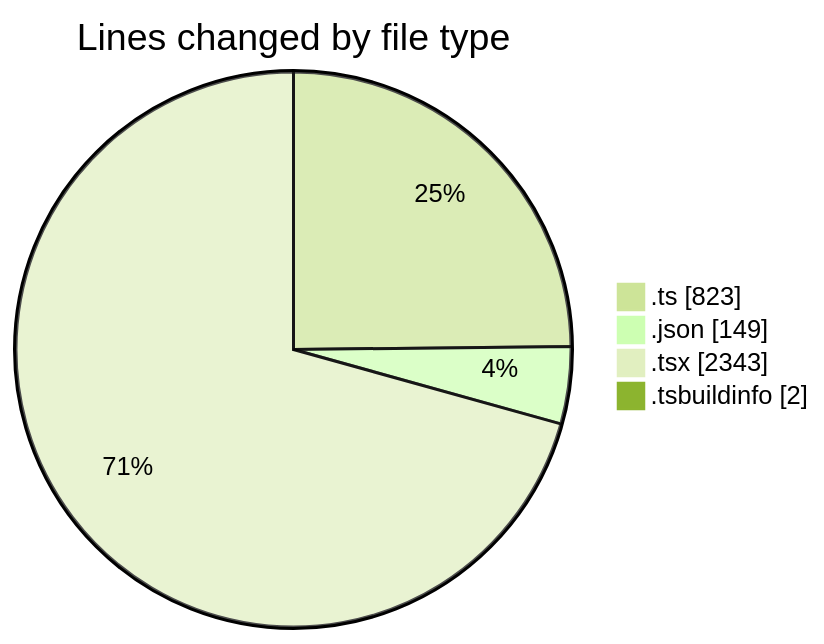
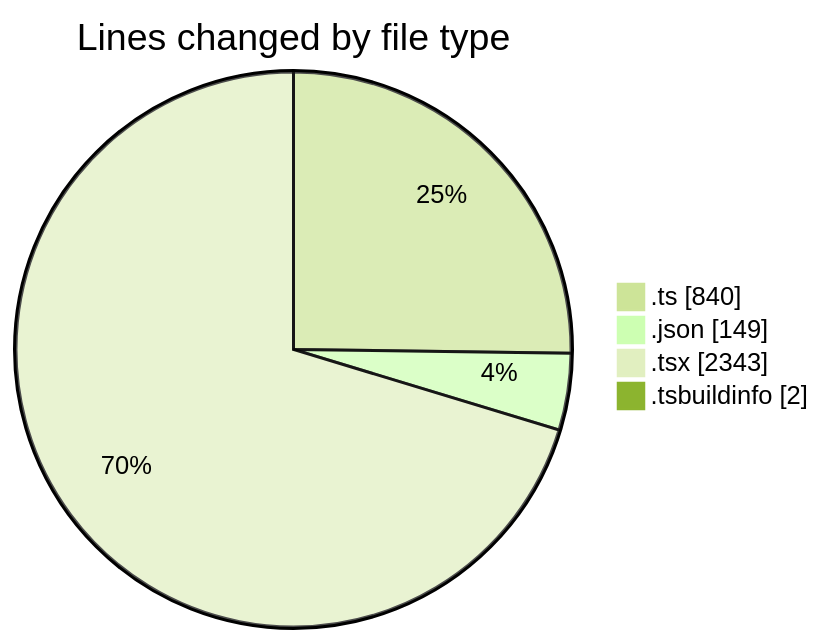
The first of 2 diagrams in 2025-02-20/mbc-web/README.md (robertbonfada/code-tracking), drawn with Mermaid (forest theme) before and after one commit. The commit also changed other lines of this file and 1 other file, not shown here.

````diff
--- a/2025-02-20/mbc-web/README.md
+++ b/2025-02-20/mbc-web/README.md
@@ -41,8 +42,8 @@
 ```mermaid
 pie showData
 title Lines changed by file type
-".ts" : 823
+".ts" : 840
 ".json" : 149
 ".tsx" : 2343
 ".tsbuildinfo" : 2
 ```
````
